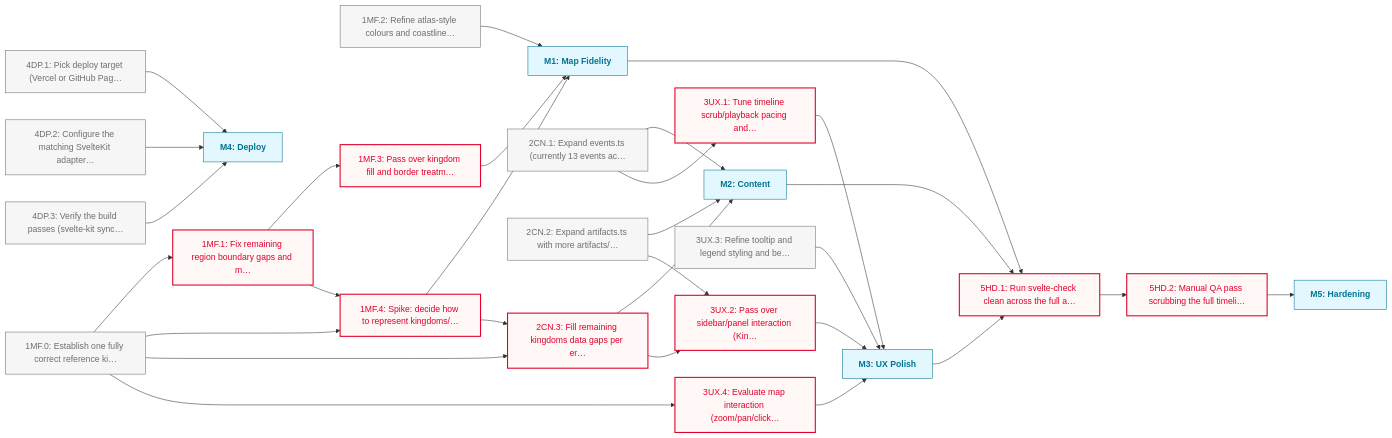
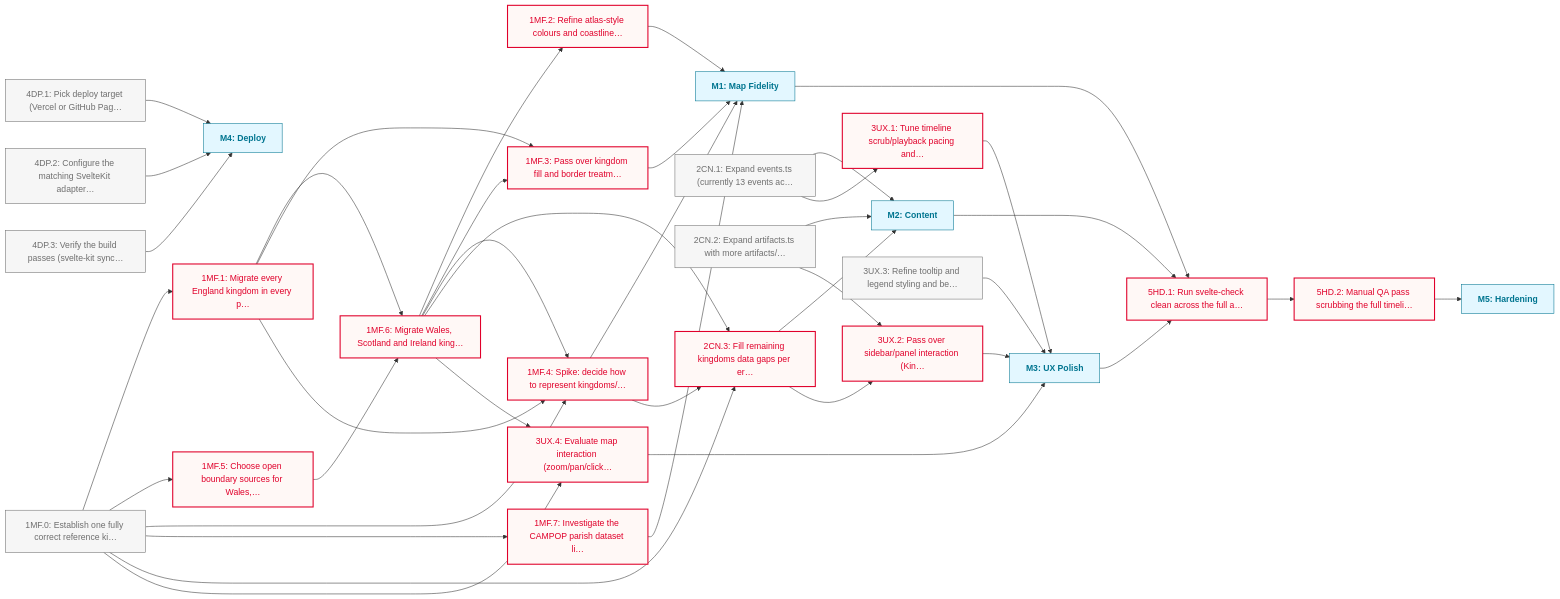
The diagram in docs/roadmaps/HISTORIA_FOUNDATION.md (JasonWarrenUK/historia), drawn with Mermaid before and after one commit. The commit also changed other lines of this file and 3 other files, not shown here.

First line of the commit message:
docs(roadmap): plan the changeover to real boundary data

````diff
--- a/docs/roadmaps/HISTORIA_FOUNDATION.md
+++ b/docs/roadmaps/HISTORIA_FOUNDATION.md
@@ -64,63 +68,77 @@
 ```mermaid
 graph LR
 	classDef todo fill:#f6f6f6,stroke:#6f6f6f,color:#6f6f6f
+	classDef inProgress fill:#e8f2ff,stroke:#0071af,color:#0071af
 	classDef blocked fill:#fff8f6,stroke:#e0002b,color:#e0002b,stroke-width:2px
 	classDef paused fill:#fdf4ff,stroke:#b01fe3,color:#b01fe3,stroke-dasharray:4 3
 	classDef deferred fill:#fff8f3,stroke:#ac5c00,color:#ac5c00,stroke-dasharray:2 4,font-style:italic
 	classDef done fill:#e0ffd9,stroke:#008217,color:#008217
-	classDef outOfScope fill:#f6f6f6,stroke:#e2e2e2,color:#e2e2e2,stroke-dasharray:2 2
+	classDef outOfScope fill:#f6f6f6,stroke:#717171,color:#717171,stroke-dasharray:2 2
 	classDef mile fill:#e3f7ff,stroke:#007590,color:#007590,font-weight:bold
 	classDef external fill:#fff9e5,stroke:#7d6f00,color:#7d6f00,stroke-dasharray:4 3,font-style:italic
 	1MF.0["1MF.0: Establish one fully correct reference ki…"]
-	1MF.1["1MF.1: Fix remaining region boundary gaps and m…"]
+	1MF.1["1MF.1: Migrate every England kingdom in every p…"]
+	1MF.5["1MF.5: Choose open boundary sources for Wales,…"]
+	1MF.6["1MF.6: Migrate Wales, Scotland and Ireland king…"]
 	1MF.2["1MF.2: Refine atlas-style colours and coastline…"]
 	1MF.3["1MF.3: Pass over kingdom fill and border treatm…"]
 	1MF.4["1MF.4: Spike: decide how to represent kingdoms/…"]
+	1MF.7["1MF.7: Investigate the CAMPOP parish dataset li…"]
 	M1["M1: Map Fidelity"]:::mile
 	2CN.1["2CN.1: Expand events.ts (currently 13 events ac…"]
 	2CN.2["2CN.2: Expand artifacts.ts with more artifacts/…"]
 	2CN.3["2CN.3: Fill remaining kingdoms data gaps per er…"]
 	M2["M2: Content"]:::mile
 	3UX.1["3UX.1: Tune timeline scrub/playback pacing and…"]
 	3UX.2["3UX.2: Pass over sidebar/panel interaction (Kin…"]
 	3UX.3["3UX.3: Refine tooltip and legend styling and be…"]
 	3UX.4["3UX.4: Evaluate map interaction (zoom/pan/click…"]
 	M3["M3: UX Polish"]:::mile
 	4DP.1["4DP.1: Pick deploy target (Vercel or GitHub Pag…"]
 	4DP.2["4DP.2: Configure the matching SvelteKit adapter…"]
 	4DP.3["4DP.3: Verify the build passes (svelte-kit sync…"]
 	M4["M4: Deploy"]:::mile
 	5HD.1["5HD.1: Run svelte-check clean across the full a…"]
 	5HD.2["5HD.2: Manual QA pass scrubbing the full timeli…"]
 	M5["M5: Hardening"]:::mile
 	1MF.0 --> 1MF.1
+	1MF.0 --> 1MF.5
 	1MF.0 --> 1MF.4
+	1MF.0 --> 1MF.7
 	1MF.0 --> 2CN.3
 	1MF.0 --> 3UX.4
+	1MF.1 --> 1MF.6
 	1MF.1 --> 1MF.3
 	1MF.1 --> 1MF.4
+	1MF.5 --> 1MF.6
+	1MF.6 --> 1MF.2
+	1MF.6 --> 1MF.3
+	1MF.6 --> 1MF.4
+	1MF.6 --> 2CN.3
+	1MF.6 --> 3UX.4
 	1MF.2 --> M1
 	1MF.3 --> M1
 	1MF.4 --> M1
 	1MF.4 --> 2CN.3
+	1MF.7 --> M1
 	M1 --> 5HD.1
 	2CN.1 --> M2
 	2CN.1 --> 3UX.1
 	2CN.2 --> M2
 	2CN.2 --> 3UX.2
 	2CN.3 --> M2
 	2CN.3 --> 3UX.2
 	M2 --> 5HD.1
 	3UX.1 --> M3
 	3UX.2 --> M3
 	3UX.3 --> M3
 	3UX.4 --> M3
 	M3 --> 5HD.1
 	4DP.1 --> M4
 	4DP.2 --> M4
 	4DP.3 --> M4
 	5HD.1 --> 5HD.2
 	5HD.2 --> M5
-	class 1MF.0,1MF.2,2CN.1,2CN.2,3UX.3,4DP.1,4DP.2,4DP.3 todo
-	class 1MF.1,1MF.3,1MF.4,2CN.3,3UX.1,3UX.2,3UX.4,5HD.1,5HD.2 blocked
+	class 1MF.0,2CN.1,2CN.2,3UX.3,4DP.1,4DP.2,4DP.3 todo
+	class 1MF.1,1MF.2,1MF.3,1MF.4,1MF.5,1MF.6,1MF.7,2CN.3,3UX.1,3UX.2,3UX.4,5HD.1,5HD.2 blocked
 ```
````
